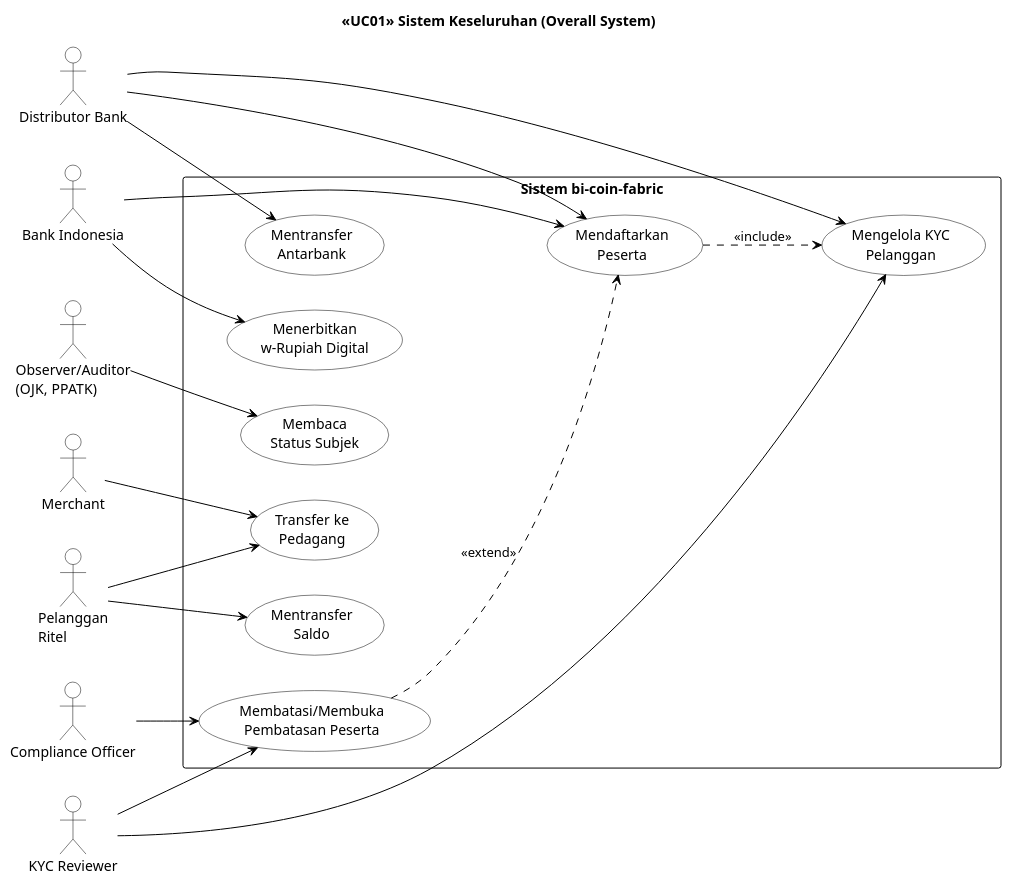
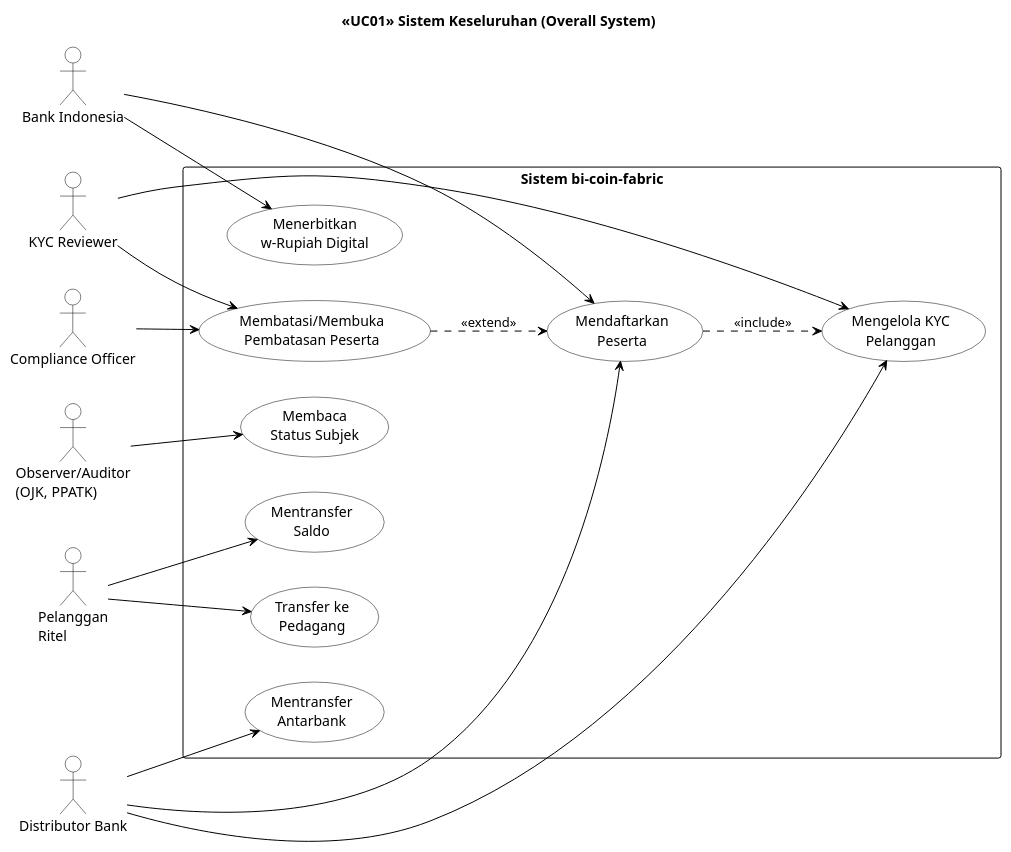
Before and after one commit to mfachrizalg/bi-coin: the first of 3 diagrams in bi-coin-fabric/docs/diagrams/plantuml/use-case-diagrams.puml, drawn with PlantUML. The commit also changed other lines of this file and 11 other files, not shown here.

```diff
--- a/bi-coin-fabric/docs/diagrams/plantuml/use-case-diagrams.puml
+++ b/bi-coin-fabric/docs/diagrams/plantuml/use-case-diagrams.puml
@@ -1,51 +1,49 @@
 @startuml
 skinparam monochrome true
 left to right direction
 skinparam packageBorderColor black
 skinparam packageBackgroundColor none
 skinparam usecaseBorderColor black
 skinparam usecaseBackgroundColor white
 skinparam actorBorderColor black
 skinparam actorBackgroundColor white
 skinparam arrowColor black
 
 title <<UC01>> Sistem Keseluruhan (Overall System)
 
 left to right direction
 
 actor "Bank Indonesia" as BI
 actor "Distributor Bank" as DB
-actor "Merchant" as M
 actor "Pelanggan\nRitel" as PR
 actor "Observer/Auditor\n(OJK, PPATK)" as OBS
 actor "KYC Reviewer" as KYC
 actor "Compliance Officer" as CO
 
 rectangle "Sistem bi-coin-fabric" {
   usecase "Mendaftarkan\nPeserta" as UC1
   usecase "Menerbitkan\nw-Rupiah Digital" as UC2
   usecase "Mentransfer\nAntarbank" as UC3
   usecase "Mengelola KYC\nPelanggan" as UC4
   usecase "Mentransfer\nSaldo" as UC5
   usecase "Transfer ke\nPedagang" as UC6
   usecase "Membatasi/Membuka\nPembatasan Peserta" as UC8
   usecase "Membaca\nStatus Subjek" as UC10
 }
 
 BI --> UC1
 BI --> UC2
 DB --> UC3
 DB --> UC1
 DB --> UC4
-M --> UC6
 PR --> UC5
 PR --> UC6
 OBS --> UC10
 KYC --> UC4
 KYC --> UC8
 CO --> UC8
 
 UC1 ..> UC4 : <<include>>
 UC8 ..> UC1 : <<extend>>
 
 @enduml
```
